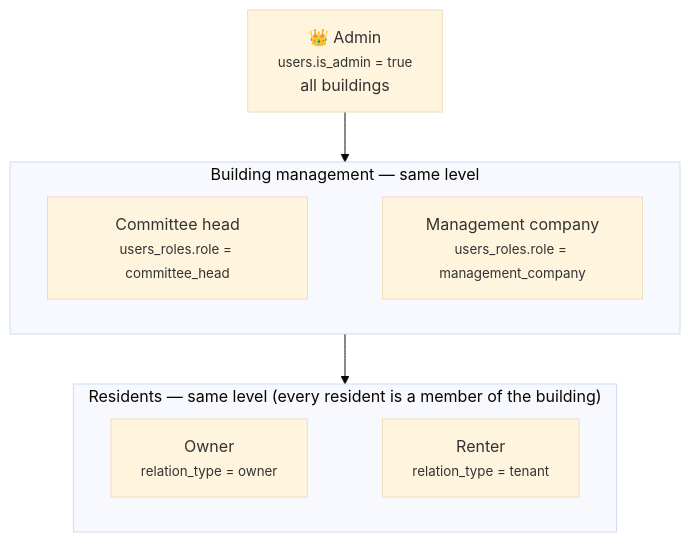
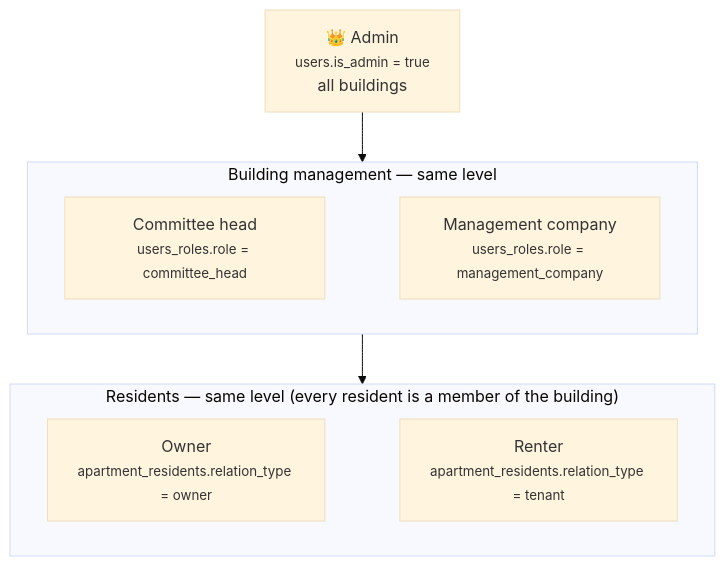
Before and after one commit to B3ni11111/Buildy: the first of 2 diagrams in DATABASE.md, drawn with Mermaid (base theme). The commit also changed other lines of this file and 53 other files, not shown here.

````diff
--- a/DATABASE.md
+++ b/DATABASE.md
@@ -14,20 +14,20 @@
 ```mermaid
 flowchart TD
     A["👑 Admin<br/><small>users.is_admin = true</small><br/>all buildings"]
 
     subgraph L2["Building management — same level"]
         direction LR
         CH["Committee head<br/><small>users_roles.role = committee_head</small>"]
         MC["Management company<br/><small>users_roles.role = management_company</small>"]
         CH ~~~ MC
     end
 
     subgraph L3["Residents — same level (every resident is a member of the building)"]
         direction LR
-        O["Owner<br/><small>relation_type = owner</small>"]
-        T["Renter<br/><small>relation_type = tenant</small>"]
+        O["Owner<br/><small>apartment_residents.relation_type = owner</small>"]
+        T["Renter<br/><small>apartment_residents.relation_type = tenant</small>"]
         O ~~~ T
     end
 
     A --> L2 --> L3
 ```
````
